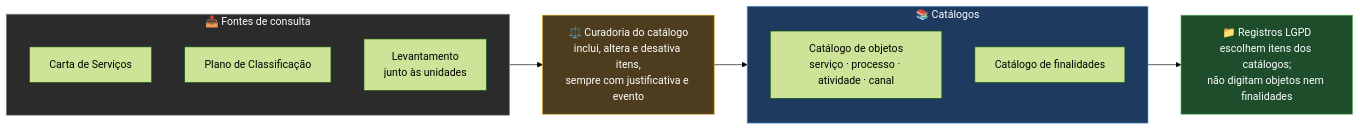
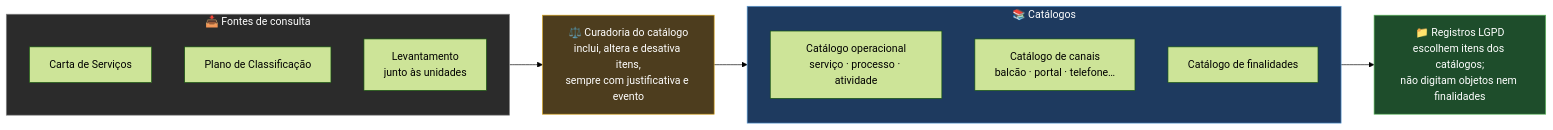
One commit to ailtonfv/governanca-lgpd-hortolandia changed the sixth of 9 diagrams in README.md. Above: the diagram before and after it, drawn with Mermaid (forest theme). The commit also changed other lines of this file, not shown here.

Commit message:
README: canais como dimensao transversal

````diff
--- a/README.md
+++ b/README.md
@@ -91,19 +134,20 @@
 ```mermaid
 flowchart LR
     subgraph FON["📥 Fontes de consulta"]
         F1["Carta de Serviços"]
         F2["Plano de Classificação"]
         F3["Levantamento<br/>junto às unidades"]
     end
     CUR["⚖️ Curadoria do catálogo<br/>inclui, altera e desativa itens,<br/>sempre com justificativa e evento"]
     subgraph CAT["📚 Catálogos"]
-        C1["Catálogo de objetos<br/>serviço · processo · atividade · canal"]
+        C1["Catálogo operacional<br/>serviço · processo · atividade"]
+        C3["Catálogo de canais<br/>balcão · portal · telefone…"]
         C2["Catálogo de finalidades"]
     end
     REG["📁 Registros LGPD<br/>escolhem itens dos catálogos;<br/>não digitam objetos nem finalidades"]
     FON --> CUR --> CAT --> REG
     style CUR fill:#4d3d1e,stroke:#d4a017,color:#fff
     style CAT fill:#1e3a5f,stroke:#5b9bd5,color:#fff
     style REG fill:#1e4d2b,stroke:#5cb85c,color:#fff
     style FON fill:#2b2b2b,stroke:#888,color:#fff
 ```
````
